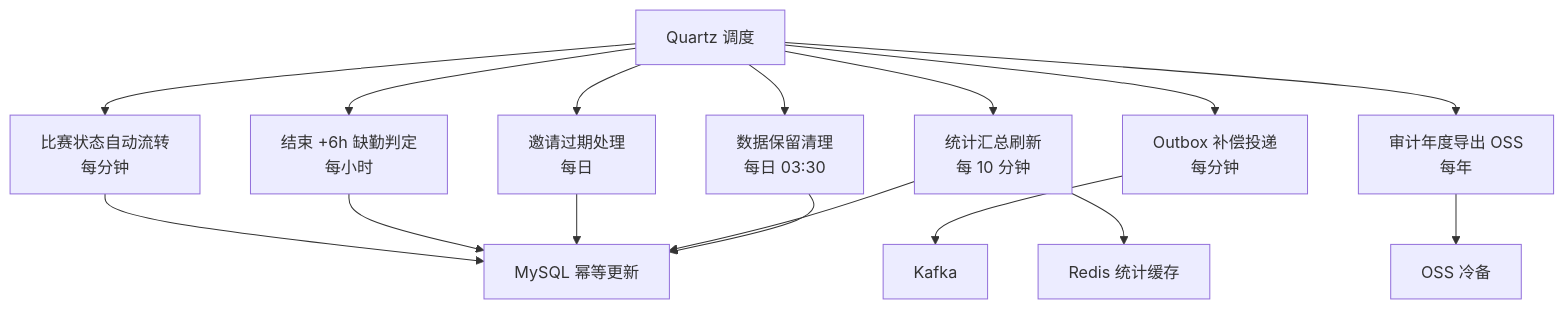
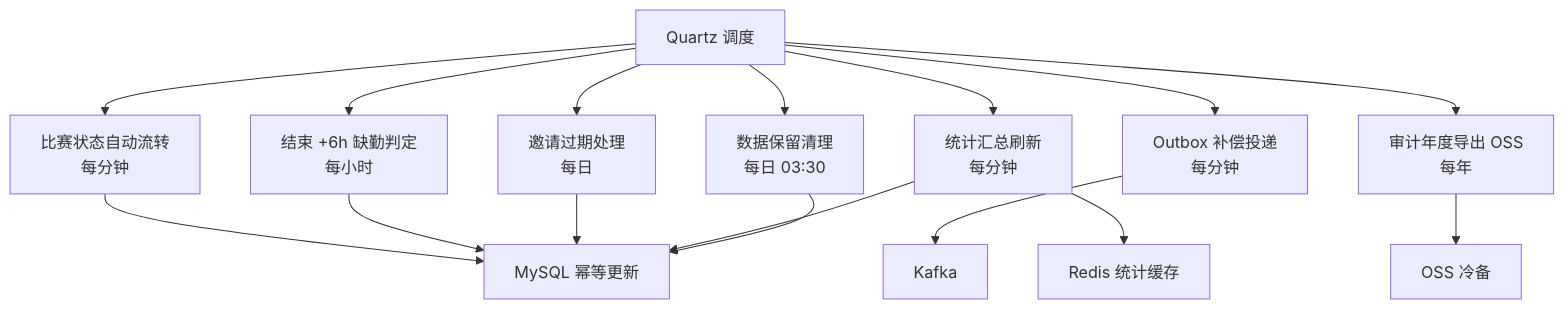
Before and after one commit to zhouyacheng/yunhefc: the sixth of 7 diagrams in docs/design/03.整体架构设计.md, drawn with Mermaid. The commit also changed other lines of this file and 31 other files, not shown here.

````diff
--- a/docs/design/03.整体架构设计.md
+++ b/docs/design/03.整体架构设计.md
@@ -340,18 +340,18 @@
 ```mermaid
 flowchart TD
   Q["Quartz 调度"] --> T1["比赛状态自动流转<br/>每分钟"]
   Q --> T2["结束 +6h 缺勤判定<br/>每小时"]
   Q --> T3["邀请过期处理<br/>每日"]
   Q --> T4["Outbox 补偿投递<br/>每分钟"]
-  Q --> T5["统计汇总刷新<br/>每 10 分钟"]
+  Q --> T5["统计汇总刷新<br/>每分钟"]
   Q --> T6["数据保留清理<br/>每日 03:30"]
   Q --> T7["审计年度导出 OSS<br/>每年"]
   T1 --> D["MySQL 幂等更新"]
   T2 --> D
   T3 --> D
   T4 --> K["Kafka"]
   T5 --> D
   T5 --> C["Redis 统计缓存"]
   T6 --> D
   T7 --> O["OSS 冷备"]
 ```
````
